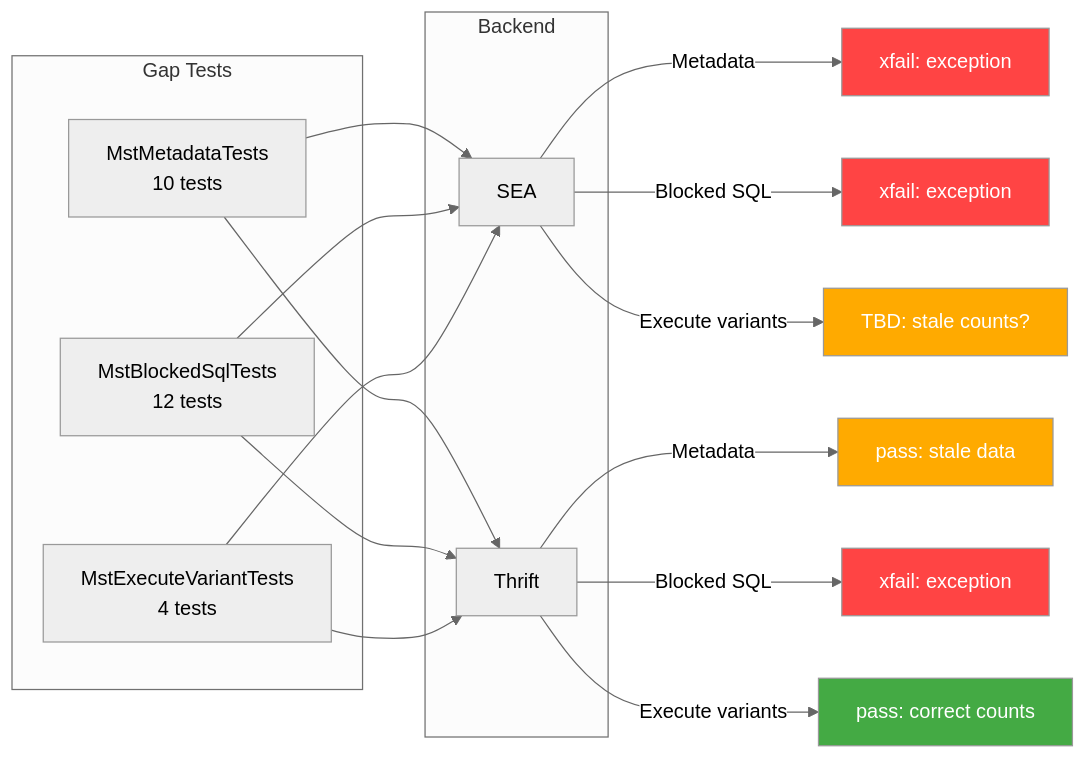
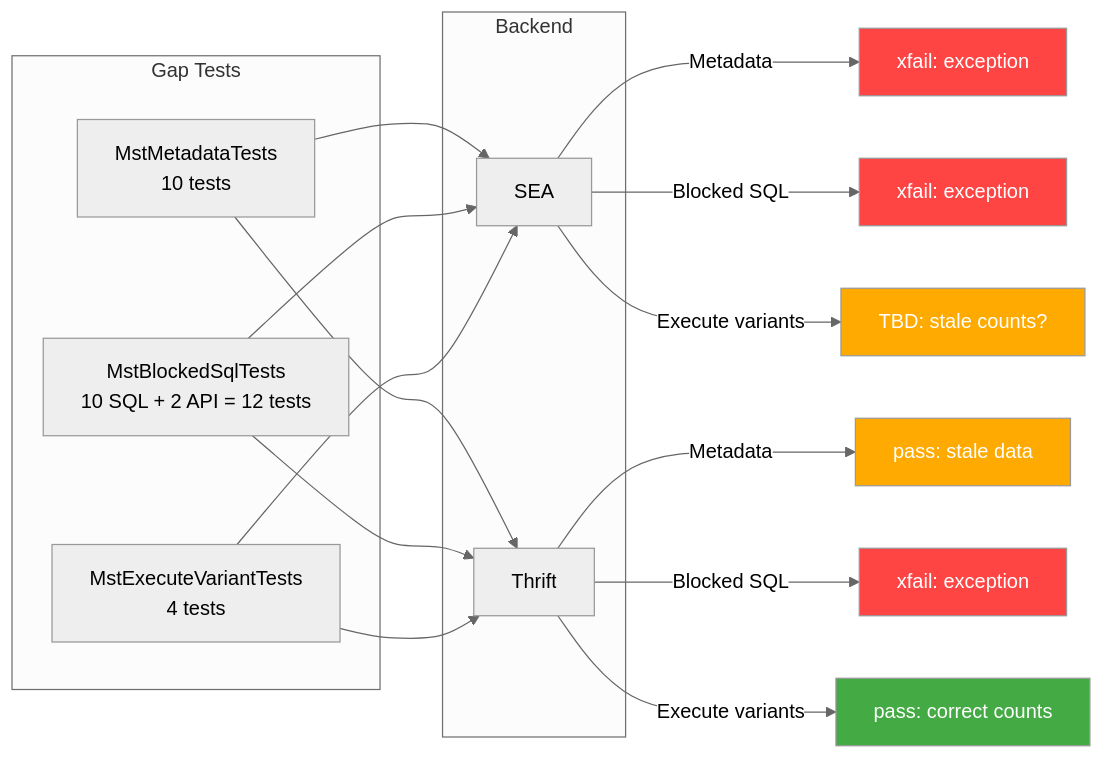
The sixth of 10 diagrams in docs/mst-test-design.md (databricks/databricks-jdbc), drawn with Mermaid (neutral theme) before and after one commit. The commit also changed other lines of this file, not shown here.

First line of the commit message:
Address PR review comments on MST test design

````diff
--- a/docs/mst-test-design.md
+++ b/docs/mst-test-design.md
@@ -205,34 +229,34 @@
 ```mermaid
 flowchart LR
     subgraph "Gap Tests"
         META["MstMetadataTests<br/>10 tests"]
-        BLOCKED["MstBlockedSqlTests<br/>12 tests"]
+        BLOCKED["MstBlockedSqlTests<br/>10 SQL + 2 API = 12 tests"]
         EXEC["MstExecuteVariantTests<br/>4 tests"]
     end
 
     subgraph "Backend"
         SEA2[SEA]
         THRIFT2[Thrift]
     end
 
     META --> SEA2
     META --> THRIFT2
     BLOCKED --> SEA2
     BLOCKED --> THRIFT2
     EXEC --> SEA2
     EXEC --> THRIFT2
 
     SEA2 -->|"Metadata"| XFAIL1["xfail: exception"]
     THRIFT2 -->|"Metadata"| STALE1["pass: stale data"]
     SEA2 -->|"Blocked SQL"| XFAIL2["xfail: exception"]
     THRIFT2 -->|"Blocked SQL"| XFAIL3["xfail: exception"]
     SEA2 -->|"Execute variants"| TBD["TBD: stale counts?"]
     THRIFT2 -->|"Execute variants"| PASS["pass: correct counts"]
 
     style XFAIL1 fill:#f44,color:#fff
     style XFAIL2 fill:#f44,color:#fff
     style XFAIL3 fill:#f44,color:#fff
     style STALE1 fill:#fa0,color:#fff
     style TBD fill:#fa0,color:#fff
     style PASS fill:#4a4,color:#fff
 ```
````
